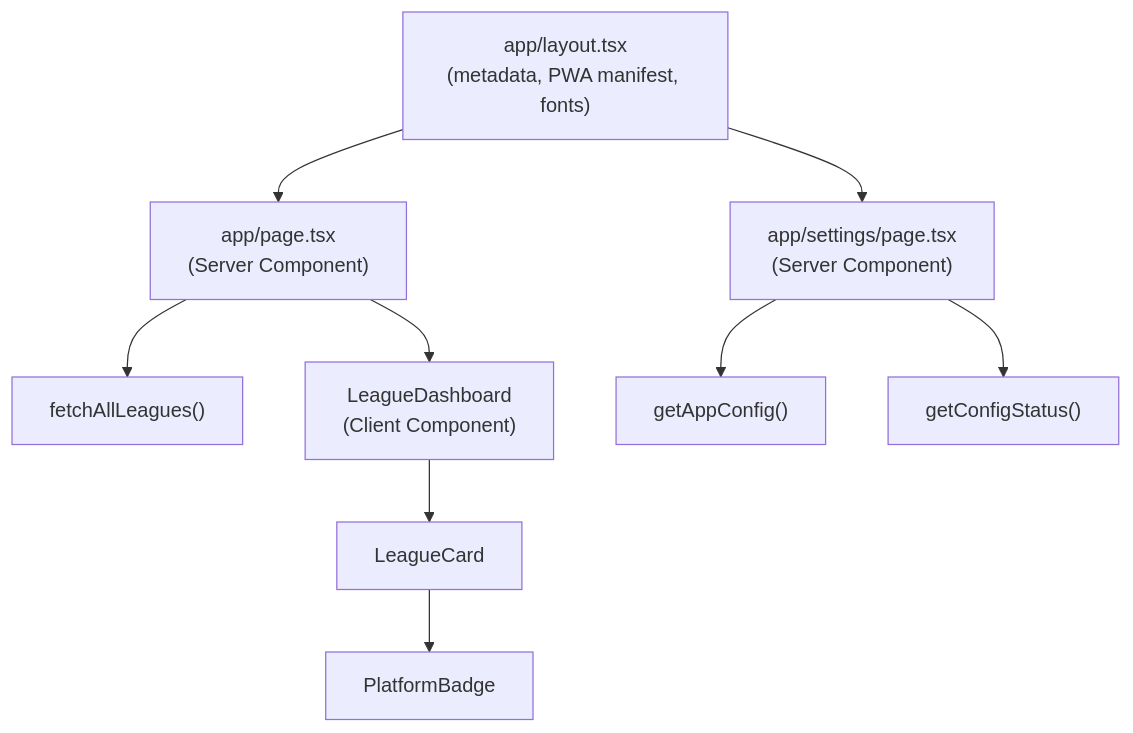
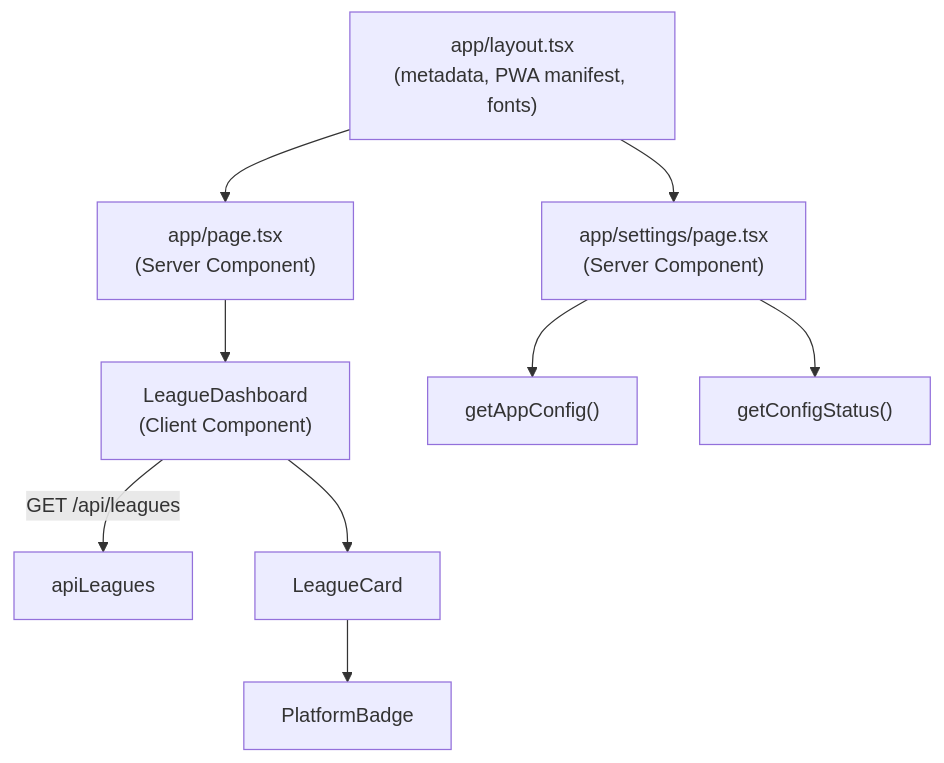
The second of 4 diagrams in docs/ARCHITECTURE.md (WilliamCosnowskiIII/C02Picks), drawn with Mermaid before and after one commit. The commit also changed other lines of this file and 4 other files, not shown here.

````diff
--- a/docs/ARCHITECTURE.md
+++ b/docs/ARCHITECTURE.md
@@ -73,16 +73,16 @@
 ```mermaid
 flowchart TD
   rootLayout["app/layout.tsx\n(metadata, PWA manifest, fonts)"]
 
   rootLayout --> home["app/page.tsx\n(Server Component)"]
   rootLayout --> settings["app/settings/page.tsx\n(Server Component)"]
 
-  home --> fetchAll["fetchAllLeagues()"]
   home --> dashboard["LeagueDashboard\n(Client Component)"]
+  dashboard -->|"GET /api/leagues"| apiLeagues
 
   dashboard --> card["LeagueCard"]
   card --> badge["PlatformBadge"]
 
   settings --> getConfig["getAppConfig()"]
   settings --> getStatus["getConfigStatus()"]
 ```
````
